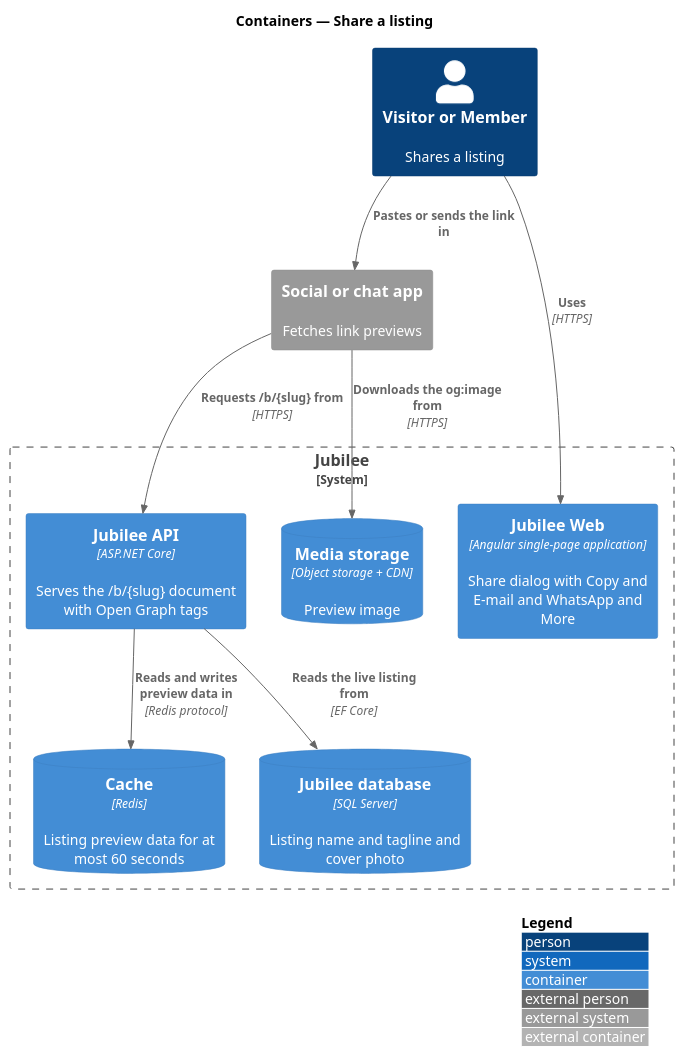
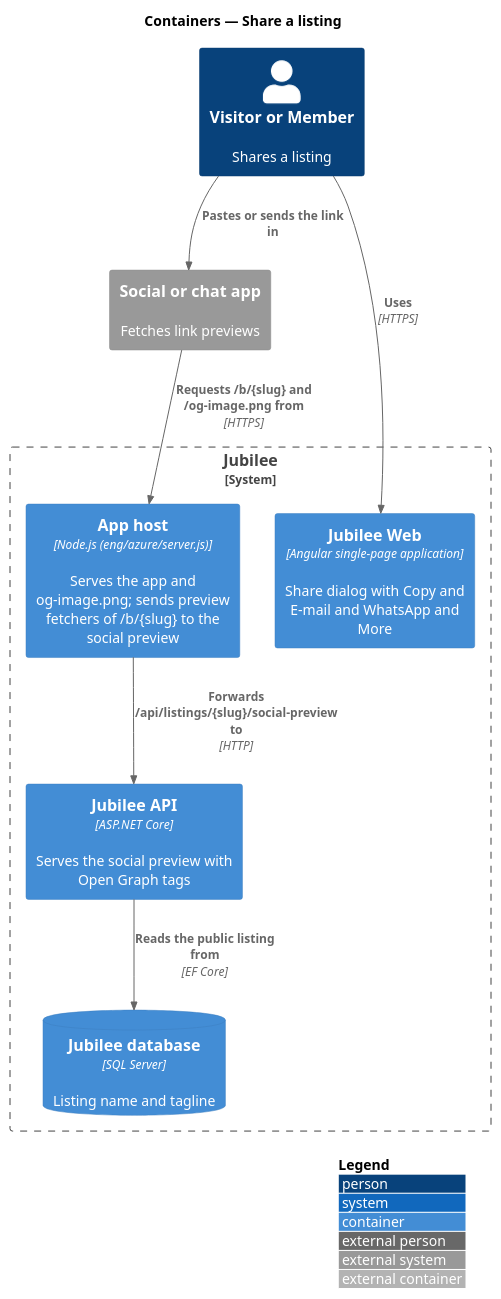
The diagram in docs/detailed-designs/listings/share-listing/diagrams/c4-container.puml (QuinntyneBrown/jubilee), drawn with PlantUML before and after one commit. The commit also changed 25 other files, not shown here.

First line of the commit message:
Requirements, designs and ADR 0055 for finishing journey 21: crawler routing of shared links, og-image.png, and the team's e-mail of a report

```diff
--- a/docs/detailed-designs/listings/share-listing/diagrams/c4-container.puml
+++ b/docs/detailed-designs/listings/share-listing/diagrams/c4-container.puml
@@ -1,21 +1,19 @@
 @startuml
 !include <C4/C4_Container>
 LAYOUT_WITH_LEGEND()
 title Containers — Share a listing
 
 Person(member, "Visitor or Member", "Shares a listing")
 System_Ext(apps, "Social or chat app", "Fetches link previews")
 System_Boundary(jubilee, "Jubilee") {
   Container(web, "Jubilee Web", "Angular single-page application", "Share dialog with Copy and E-mail and WhatsApp and More")
-  Container(api, "Jubilee API", "ASP.NET Core", "Serves the /b/{slug} document with Open Graph tags")
-  ContainerDb(cache, "Cache", "Redis", "Listing preview data for at most 60 seconds")
-  ContainerDb(db, "Jubilee database", "SQL Server", "Listing name and tagline and cover photo")
-  ContainerDb(media, "Media storage", "Object storage + CDN", "Preview image")
+  Container(host, "App host", "Node.js (eng/azure/server.js)", "Serves the app and og-image.png; sends preview fetchers of /b/{slug} to the social preview")
+  Container(api, "Jubilee API", "ASP.NET Core", "Serves the social preview with Open Graph tags")
+  ContainerDb(db, "Jubilee database", "SQL Server", "Listing name and tagline")
 }
 Rel(member, web, "Uses", "HTTPS")
 Rel(member, apps, "Pastes or sends the link in")
-Rel(apps, api, "Requests /b/{slug} from", "HTTPS")
-Rel(apps, media, "Downloads the og:image from", "HTTPS")
-Rel(api, cache, "Reads and writes preview data in", "Redis protocol")
-Rel(api, db, "Reads the live listing from", "EF Core")
+Rel(apps, host, "Requests /b/{slug} and /og-image.png from", "HTTPS")
+Rel(host, api, "Forwards /api/listings/{slug}/social-preview to", "HTTP")
+Rel(api, db, "Reads the public listing from", "EF Core")
 @enduml
```
